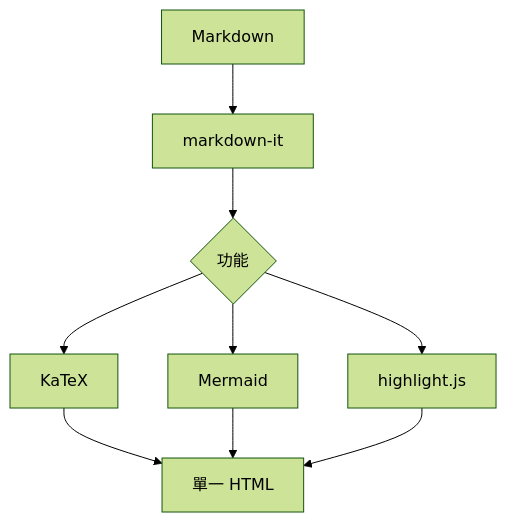
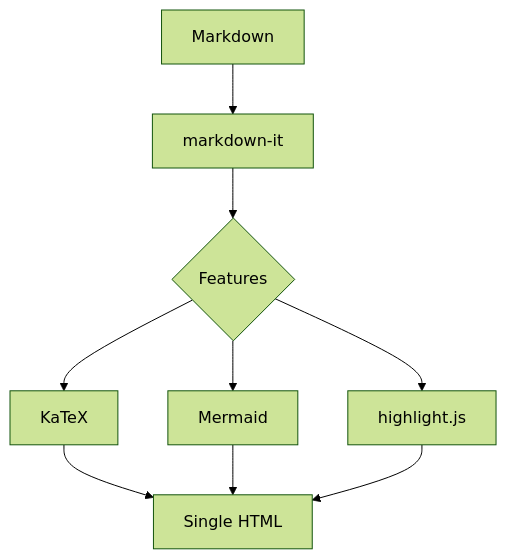
Before and after one commit to Wujidadi/tarmdas: the diagram in examples/sample.md, drawn with Mermaid (forest theme). The commit also changed other lines of this file and 42 other files, not shown here.

````diff
--- a/examples/sample.md
+++ b/examples/sample.md
@@ -123,9 +123,9 @@
 ```mermaid
 graph TD
   A[Markdown] --> B[markdown-it]
-  B --> C{功能}
+  B --> C{Features}
   C --> D[KaTeX]
   C --> E[Mermaid]
   C --> F[highlight.js]
-  D & E & F --> G[單一 HTML]
+  D & E & F --> G[Single HTML]
 ```
````
